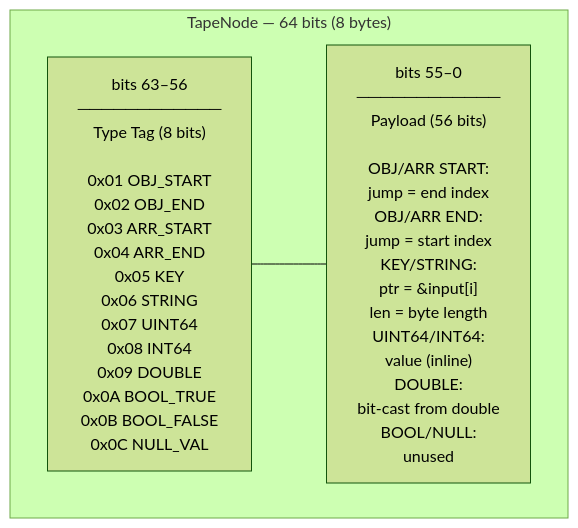
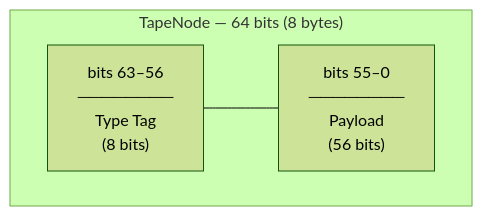
Before and after one commit to the-lkb/beast-json: the third of 6 diagrams in docs/theory/architecture.md, drawn with Mermaid (forest theme). The commit also changed other lines of this file and 4 other files, not shown here.

````diff
--- a/docs/theory/architecture.md
+++ b/docs/theory/architecture.md
@@ -83,9 +80,9 @@
 ```mermaid
 flowchart LR
-    subgraph NODE["TapeNode  —  64 bits (8 bytes)"]
+    subgraph NODE["TapeNode — 64 bits (8 bytes)"]
         direction LR
-        TAG["bits 63–56\n────────────\nType Tag  (8 bits)\n\n0x01  OBJ_START\n0x02  OBJ_END\n0x03  ARR_START\n0x04  ARR_END\n0x05  KEY\n0x06  STRING\n0x07  UINT64\n0x08  INT64\n0x09  DOUBLE\n0x0A  BOOL_TRUE\n0x0B  BOOL_FALSE\n0x0C  NULL_VAL"]
-        PAY["bits 55–0\n────────────\nPayload  (56 bits)\n\nOBJ/ARR START:\n  jump = end index\nOBJ/ARR END:\n  jump = start index\nKEY/STRING:\n  ptr = &input[i]\n  len = byte length\nUINT64/INT64:\n  value (inline)\nDOUBLE:\n  bit-cast from double\nBOOL/NULL:\n  unused"]
+        TAG["bits 63–56<br/>────────<br/>Type Tag<br/>(8 bits)"]
+        PAY["bits 55–0<br/>────────<br/>Payload<br/>(56 bits)"]
         TAG --- PAY
     end
 ```
````
